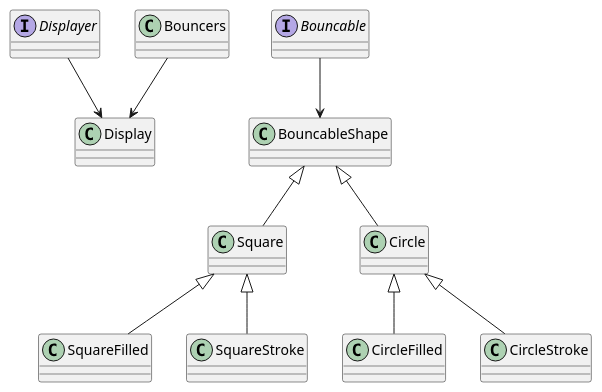
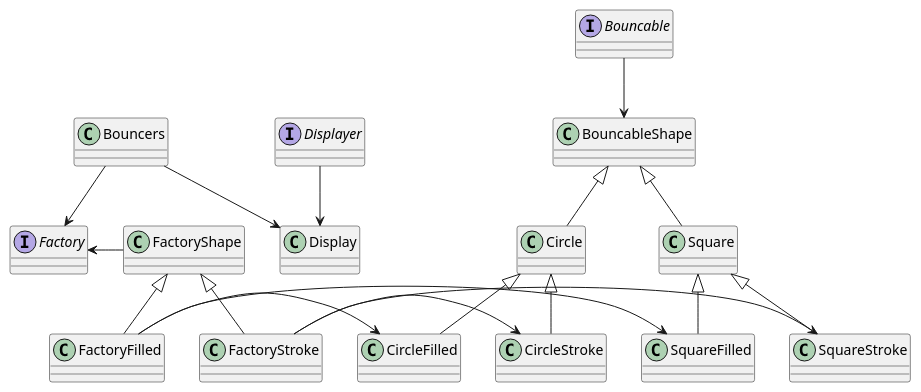
One commit to GuggisbergSimon/MCR-L2 changed the diagram in uml.puml. Above: the diagram before and after it, drawn with PlantUML. The commit also changed 4 other files, not shown here.

Commit message:
fixes, todo and wip uml for fabrics

```diff
--- a/uml.puml
+++ b/uml.puml
@@ -1,48 +1,72 @@
 @startuml
 'https://plantuml.com/class-diagram
 
 interface Displayer{
 }
 
 class Display{
 }
 
 class Bouncers{
 }
 
 interface Bouncable{
 }
 
 class BouncableShape{
 }
 
 class Square{
 }
 
 class Circle{
 }
 
 class CircleFilled{
 }
 
+class FactoryShape
+
+interface Factory {
+}
+
+Bouncers --> Factory
+
+Factory <- FactoryShape
+
+FactoryShape <|-down- FactoryFilled
+FactoryShape <|-down- FactoryStroke
+FactoryFilled -> CircleFilled
+FactoryFilled -> SquareFilled
+
+
+FactoryStroke -> CircleStroke
+FactoryStroke -> SquareStroke
+
+class FactoryFilled {
+}
+
+class FactoryStroke {
+}
+
 class CircleStroke{
 }
 
 class SquareFilled{
 }
 
 class SquareStroke{
 }
 
 Displayer --> Display
 Bouncers --> Display
 
 Bouncable --> BouncableShape
 BouncableShape <|-down- Square
 BouncableShape <|-down- Circle
 Circle <|-down- CircleFilled
 Square <|-down- SquareFilled
 Circle <|-down- CircleStroke
 Square <|-down- SquareStroke
 
 @enduml
```
